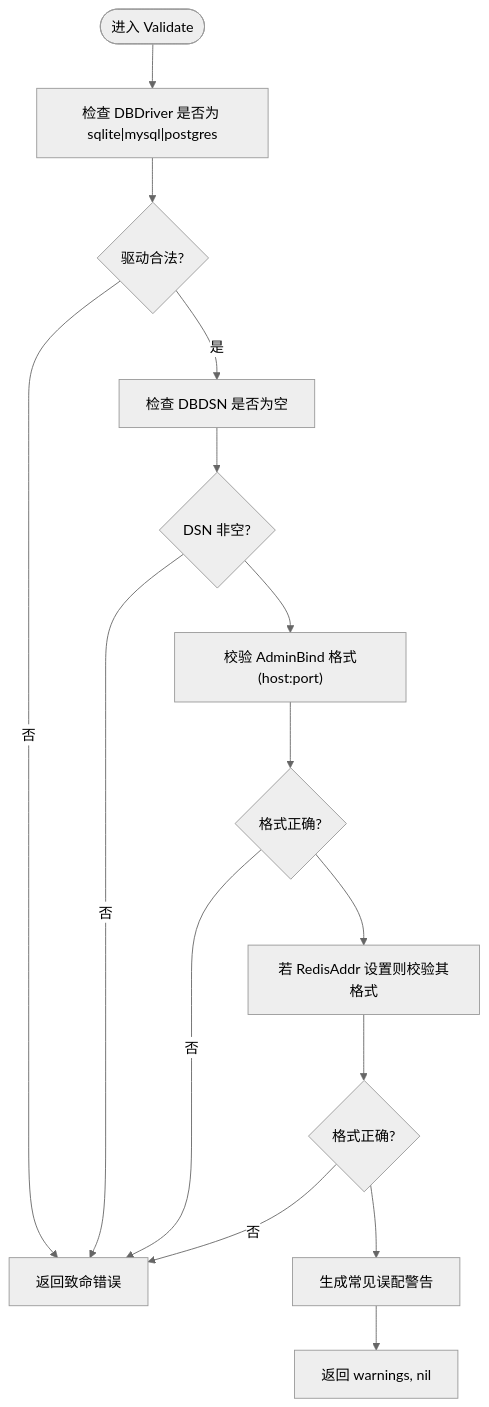
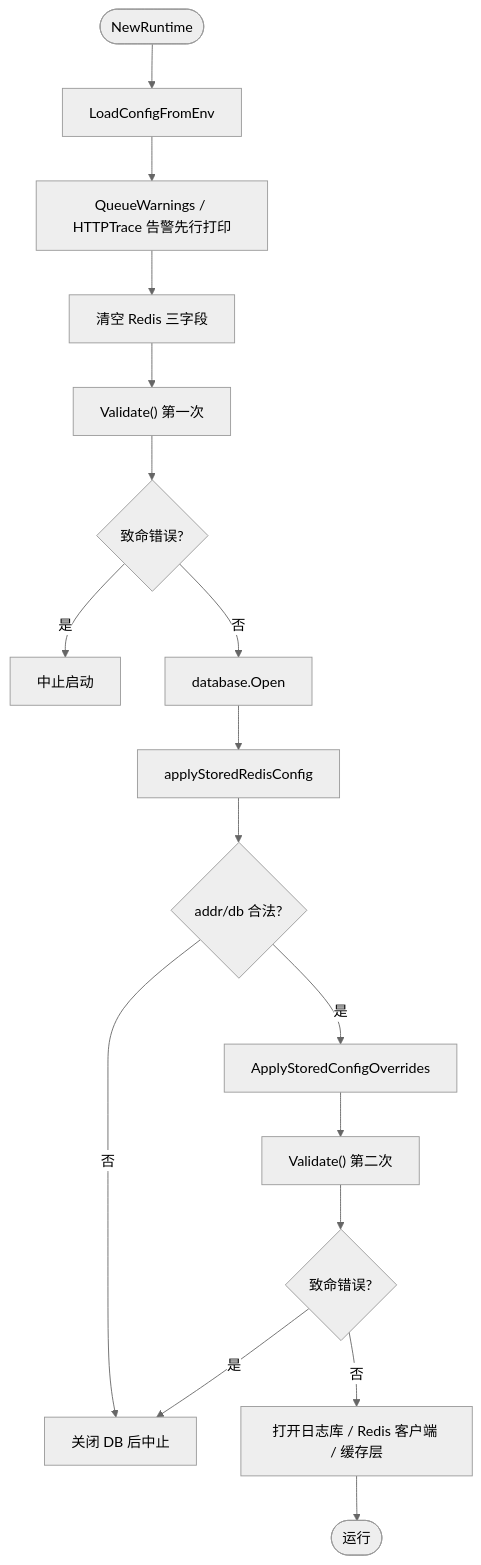
The fourth of 6 diagrams in docs/配置管理系统/配置验证系统.md (x01n/My-OpenWaf), drawn with Mermaid (neutral theme) before and after one commit. The commit also changed other lines of this file and 622 other files, not shown here.

````diff
--- a/docs/配置管理系统/配置验证系统.md
+++ b/docs/配置管理系统/配置验证系统.md
@@ -177,17 +292,19 @@
 ```mermaid
 flowchart TD
-Start(["进入 Validate"]) --> CheckDriver["检查 DBDriver 是否为 sqlite|mysql|postgres"]
-CheckDriver --> DriverOK{"驱动合法?"}
-DriverOK --> |否| ReturnErr["返回致命错误"]
-DriverOK --> |是| CheckDSN["检查 DBDSN 是否为空"]
-CheckDSN --> DSNOK{"DSN 非空?"}
-DSNOK --> |否| ReturnErr
-DSNOK --> CheckAdminBind["校验 AdminBind 格式(host:port)"]
-CheckAdminBind --> AdminOK{"格式正确?"}
-AdminOK --> |否| ReturnErr
-AdminOK --> CheckRedis["若 RedisAddr 设置则校验其格式"]
-CheckRedis --> RedisOK{"格式正确?"}
-RedisOK --> |否| ReturnErr
-RedisOK --> Warns["生成常见误配警告"]
-Warns --> ReturnOK["返回 warnings, nil"]
+Start(["NewRuntime"]) --> Load["LoadConfigFromEnv"]
+Load --> QueueWarn["QueueWarnings / HTTPTrace 告警先行打印"]
+QueueWarn --> Preflight["清空 Redis 三字段"]
+Preflight --> V1["Validate() 第一次"]
+V1 --> V1OK{"致命错误?"}
+V1OK --> |是| Abort["中止启动"]
+V1OK --> |否| OpenDB["database.Open"]
+OpenDB --> RedisCfg["applyStoredRedisConfig"]
+RedisCfg --> ROK{"addr/db 合法?"}
+ROK --> |否| CloseDB["关闭 DB 后中止"]
+ROK --> |是| Overrides["ApplyStoredConfigOverrides"]
+Overrides --> V2["Validate() 第二次"]
+V2 --> V2OK{"致命错误?"}
+V2OK --> |是| CloseDB
+V2OK --> |否| LogDB["打开日志库 / Redis 客户端 / 缓存层"]
+LogDB --> Ready(["运行"])
 ```
````
